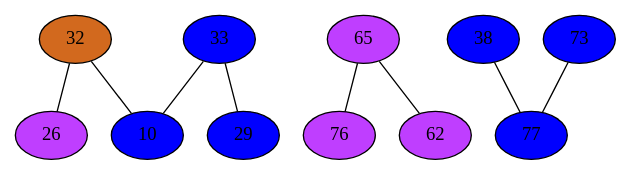
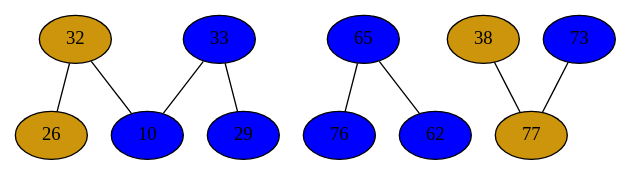
Before and after one commit to mbajaj92/Project-Astoria: the diagram in Compiler/2phiGraph.dot, drawn with Graphviz. The commit also changed 213 other files, not shown here.

```diff
--- a/Compiler/2phiGraph.dot
+++ b/Compiler/2phiGraph.dot
@@ -1,29 +1,29 @@
 strict graph {
-32[label="32" style=filled fillcolor="chocolate"];
+32[label="32" style=filled fillcolor="darkgoldenrod3"];
 32 -- 10
 32 -- 26
 33[label="33" style=filled fillcolor="blue1"];
 33 -- 10
 33 -- 29
-65[label="65" style=filled fillcolor="darkorchid1"];
+65[label="65" style=filled fillcolor="blue1"];
 65 -- 76
 65 -- 62
-38[label="38" style=filled fillcolor="blue1"];
+38[label="38" style=filled fillcolor="darkgoldenrod3"];
 38 -- 77
 73[label="73" style=filled fillcolor="blue1"];
 73 -- 77
 10[label="10" style=filled fillcolor="blue1"];
 10 -- 32
 10 -- 33
-26[label="26" style=filled fillcolor="darkorchid1"];
+26[label="26" style=filled fillcolor="darkgoldenrod3"];
 26 -- 32
-76[label="76" style=filled fillcolor="darkorchid1"];
+76[label="76" style=filled fillcolor="blue1"];
 76 -- 65
 29[label="29" style=filled fillcolor="blue1"];
 29 -- 33
-77[label="77" style=filled fillcolor="blue1"];
+77[label="77" style=filled fillcolor="darkgoldenrod3"];
 77 -- 38
 77 -- 73
-62[label="62" style=filled fillcolor="darkorchid1"];
+62[label="62" style=filled fillcolor="blue1"];
 62 -- 65
 }
```
